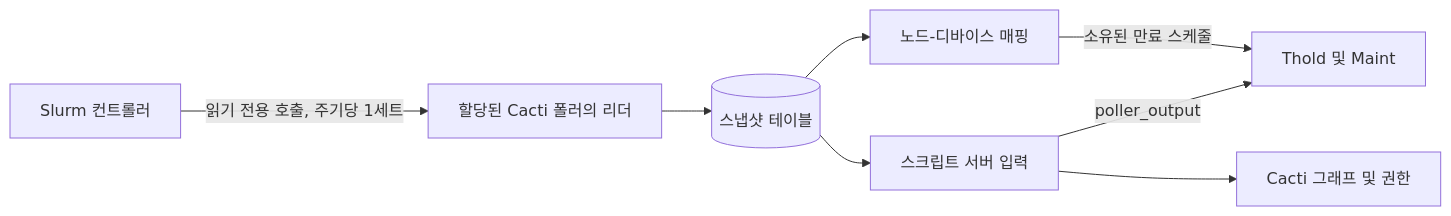
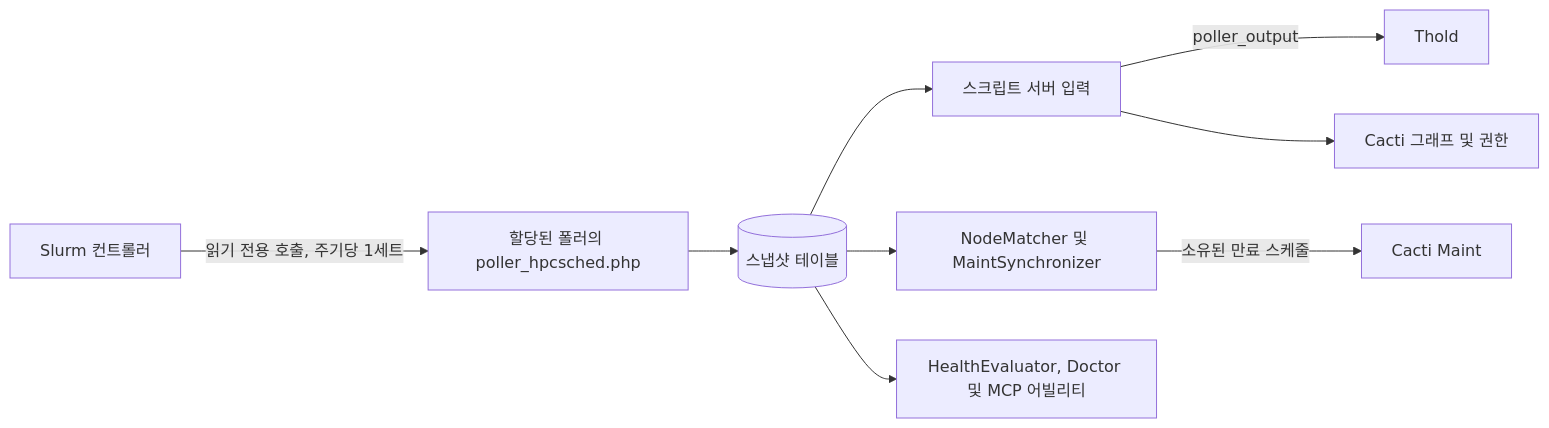
The diagram in docs/i18n/ko-KR/README.md (somethingwithproof/plugin_hpcsched), drawn with Mermaid before and after one commit. The commit also changed other lines of this file and 48 other files, not shown here.

````diff
--- a/docs/i18n/ko-KR/README.md
+++ b/docs/i18n/ko-KR/README.md
@@ -109,10 +163,11 @@
 ```mermaid
 flowchart LR
-    S[Slurm 컨트롤러] -->|읽기 전용 호출, 주기당 1세트| R[할당된 Cacti 폴러의 리더]
+    S[Slurm 컨트롤러] -->|읽기 전용 호출, 주기당 1세트| R[할당된 폴러의 poller_hpcsched.php]
     R --> SNAP[(스냅샷 테이블)]
     SNAP --> SS[스크립트 서버 입력]
-    SS -->|poller_output| T[Thold 및 Maint]
+    SS -->|poller_output| T[Thold]
     SS --> G[Cacti 그래프 및 권한]
-    SNAP --> MAP[노드-디바이스 매핑]
-    MAP -->|소유된 만료 스케줄| T
+    SNAP --> MAP[NodeMatcher 및 MaintSynchronizer]
+    MAP -->|소유된 만료 스케줄| M[Cacti Maint]
+    SNAP --> H[HealthEvaluator, Doctor 및 MCP 어빌리티]
 ```
````
